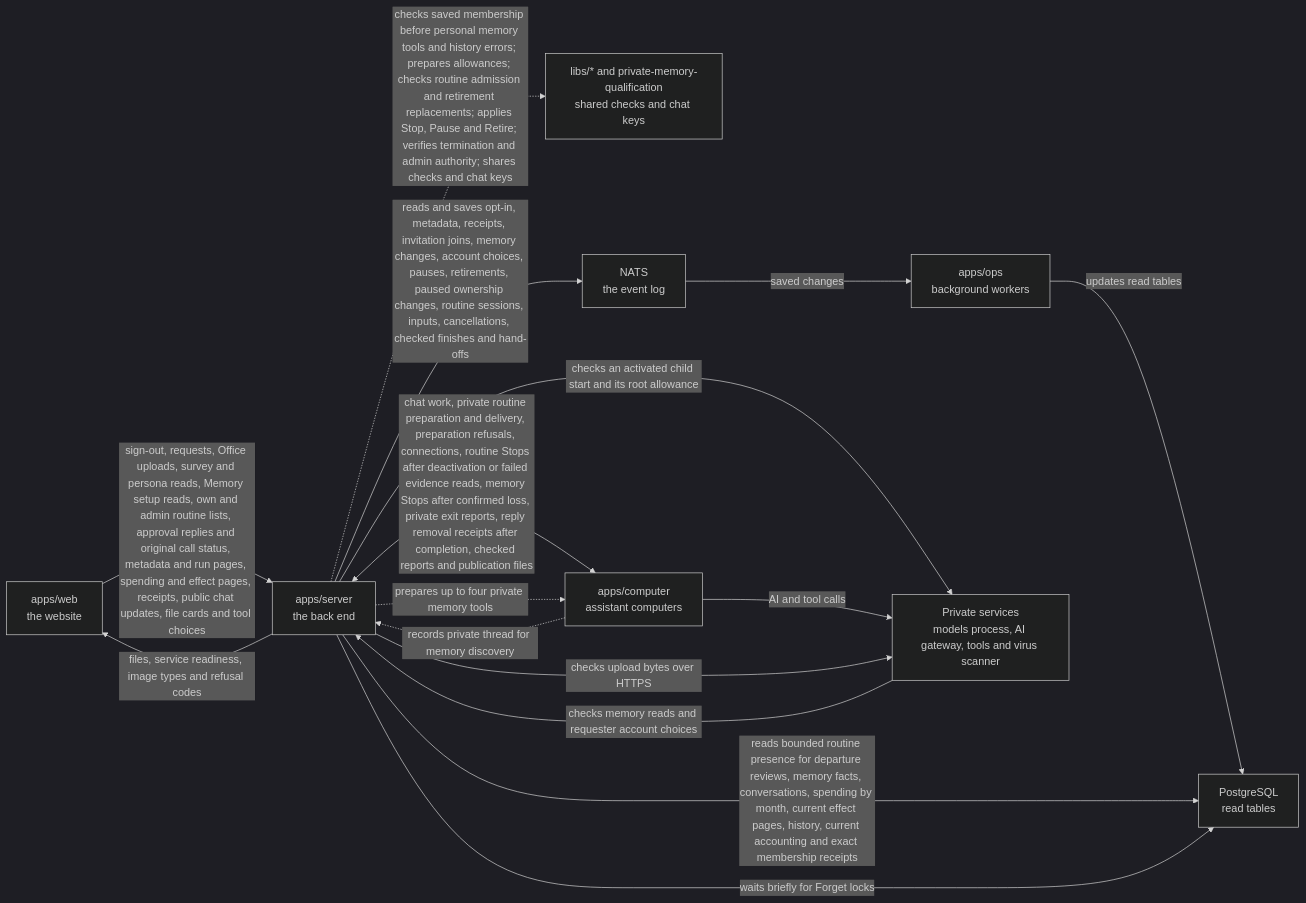
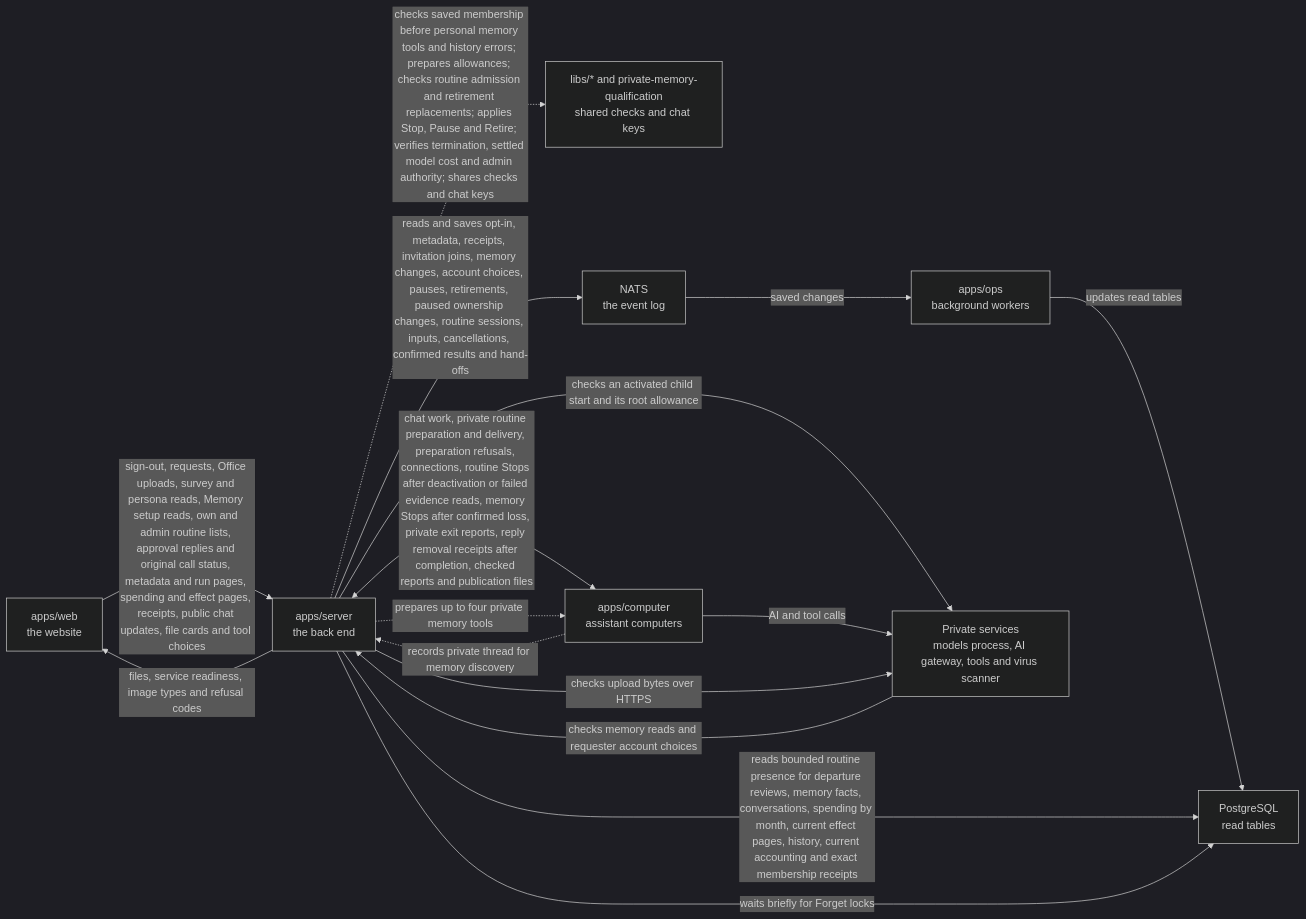
The diagram in apps/server/README.md (elewa-git/opencrane-new), drawn with Mermaid (dark theme) before and after one commit. The commit also changed other lines of this file and 12 other files, not shown here.

````diff
--- a/apps/server/README.md
+++ b/apps/server/README.md
@@ -196,18 +201,18 @@
 ```mermaid
 flowchart LR
   web["apps/web<br/>the website"] -->|sign-out, requests, Office uploads, survey and persona reads, Memory setup reads, own and admin routine lists, approval replies and original call status, metadata and run pages, spending and effect pages, receipts, public chat updates, file cards and tool choices| server["apps/server<br/>the back end"]
-  server -.->|checks saved membership before personal memory tools and history errors; prepares allowances; checks routine admission and retirement replacements; applies Stop, Pause and Retire; verifies termination and admin authority; shares checks and chat keys| libs["libs/* and private-memory-qualification<br/>shared checks and chat keys"]
-  server -->|reads and saves opt-in, metadata, receipts, invitation joins, memory changes, account choices, pauses, retirements, paused ownership changes, routine sessions, inputs, cancellations, checked finishes and hand-offs| nats["NATS<br/>the event log"]
+  server -.->|checks saved membership before personal memory tools and history errors; prepares allowances; checks routine admission and retirement replacements; applies Stop, Pause and Retire; verifies termination, settled model cost and admin authority; shares checks and chat keys| libs["libs/* and private-memory-qualification<br/>shared checks and chat keys"]
+  server -->|reads and saves opt-in, metadata, receipts, invitation joins, memory changes, account choices, pauses, retirements, paused ownership changes, routine sessions, inputs, cancellations, confirmed results and hand-offs| nats["NATS<br/>the event log"]
   nats -->|saved changes| ops["apps/ops<br/>background workers"]
   ops -->|updates read tables| postgres["PostgreSQL<br/>read tables"]
   server -->|reads bounded routine presence for departure reviews, memory facts, conversations, spending by month, current effect pages, history, current accounting and exact membership receipts| postgres
   server -->|waits briefly for Forget locks| postgres
   server <-->|chat work, private routine preparation and delivery, preparation refusals, connections, routine Stops after deactivation or failed evidence reads, memory Stops after confirmed loss, private exit reports, reply removal receipts after completion, checked reports and publication files| computer["apps/computer<br/>assistant computers"]
   server -->|checks an activated child start and its root allowance| runtime
   computer -.->|records private thread for memory discovery| server
   server -.->|prepares up to four private memory tools| computer
   computer -->|AI and tool calls| runtime["Private services<br/>models process, AI gateway, tools and virus scanner"]
   server -->|files, service readiness, image types and refusal codes| web
   server -->|checks upload bytes over HTTPS| runtime
   runtime -->|checks memory reads and requester account choices| server
 ```
````
